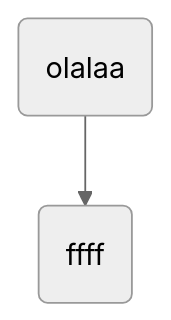
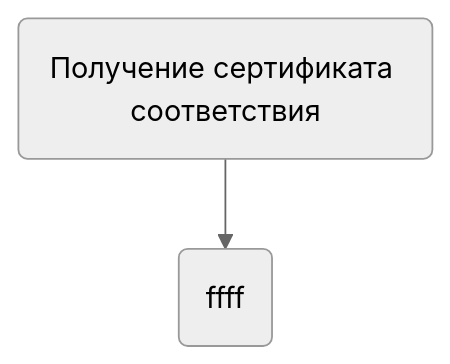
One commit to p3r3sada/Var-2Peresada changed the diagram in №2Peresada.md. Above: the diagram before and after it, drawn with Mermaid (neutral theme). The commit also changed other lines of this file, not shown here.

````diff
--- a/№2Peresada.md
+++ b/№2Peresada.md
@@ -1,4 +1,4 @@
 ```mermaid
 flowchart TD;
-A(olalaa) --> B(ffff)
+A(Получение сертификата соответствия) --> B(ffff)
 ```
````
